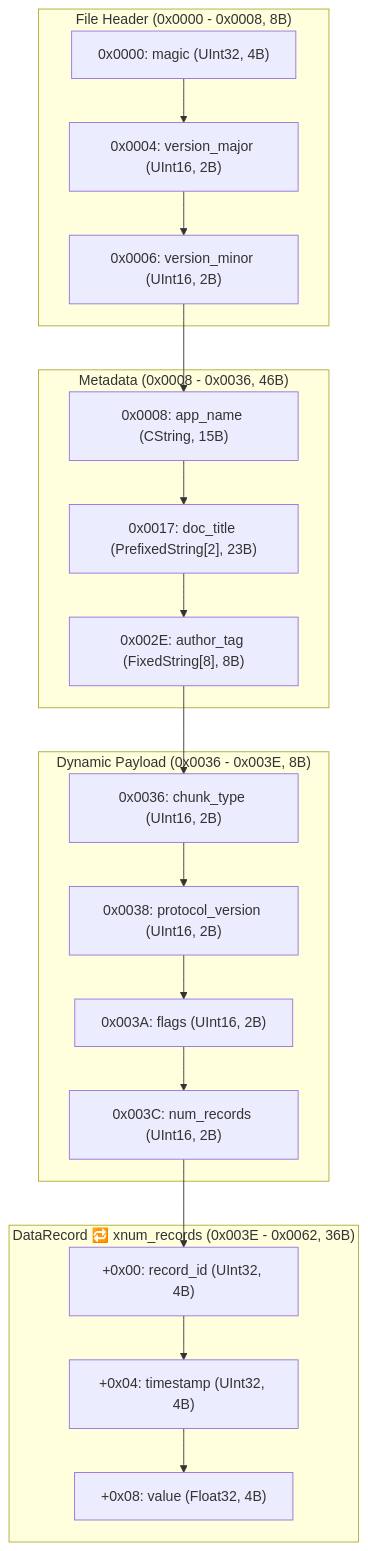
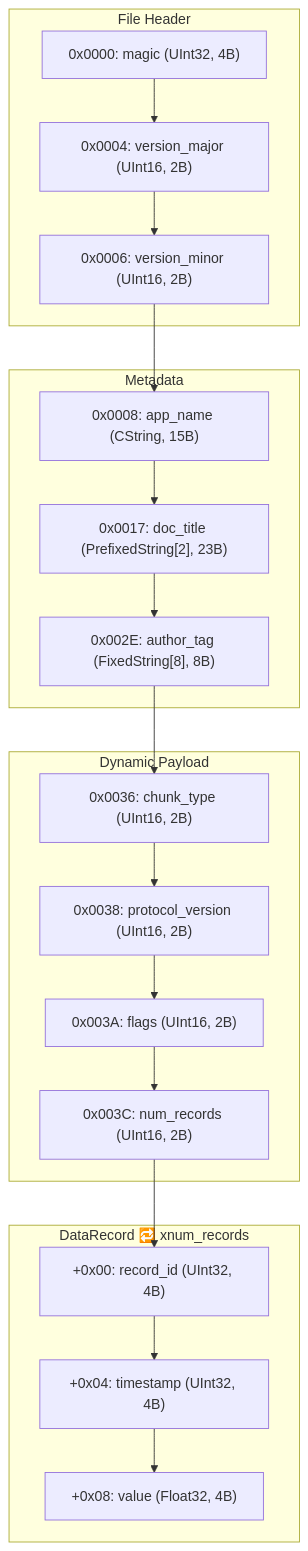
The first of 8 diagrams in sample/writer_output_spec.md (tamon-ishii/binary_master), drawn with Mermaid before and after one commit. The commit also changed other lines of this file and 12 other files, not shown here.

````diff
--- a/sample/writer_output_spec.md
+++ b/sample/writer_output_spec.md
@@ -13,36 +13,36 @@
 ```mermaid
 flowchart TD
-    subgraph SG_File_Header ["File Header (0x0000 - 0x0008, 8B)"]
+    subgraph SG_File_Header ["File Header"]
         N0["0x0000: magic (UInt32, 4B)"]
         N1["0x0004: version_major (UInt16, 2B)"]
         N2["0x0006: version_minor (UInt16, 2B)"]
     end
-    subgraph SG_Metadata ["Metadata (0x0008 - 0x0036, 46B)"]
+    subgraph SG_Metadata ["Metadata"]
         N3["0x0008: app_name (CString, 15B)"]
         N4["0x0017: doc_title (PrefixedString[2], 23B)"]
         N5["0x002E: author_tag (FixedString[8], 8B)"]
     end
-    subgraph SG_Dynamic_Payload ["Dynamic Payload (0x0036 - 0x003E, 8B)"]
+    subgraph SG_Dynamic_Payload ["Dynamic Payload"]
         N6["0x0036: chunk_type (UInt16, 2B)"]
         N7["0x0038: protocol_version (UInt16, 2B)"]
         N8["0x003A: flags (UInt16, 2B)"]
         N9["0x003C: num_records (UInt16, 2B)"]
     end
-    subgraph SG_DataRecord ["DataRecord 🔁 xnum_records (0x003E - 0x0062, 36B)"]
+    subgraph SG_DataRecord ["DataRecord 🔁 xnum_records"]
         N10["+0x00: record_id (UInt32, 4B)"]
         N11["+0x04: timestamp (UInt32, 4B)"]
         N12["+0x08: value (Float32, 4B)"]
     end
     N0 --> N1
     N1 --> N2
     N2 --> N3
     N3 --> N4
     N4 --> N5
     N5 --> N6
     N6 --> N7
     N7 --> N8
     N8 --> N9
     N9 --> N10
     N10 --> N11
     N11 --> N12
 ```
````
